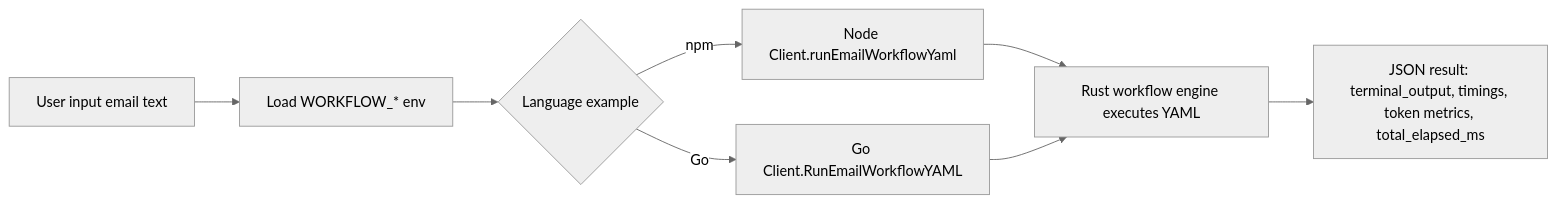
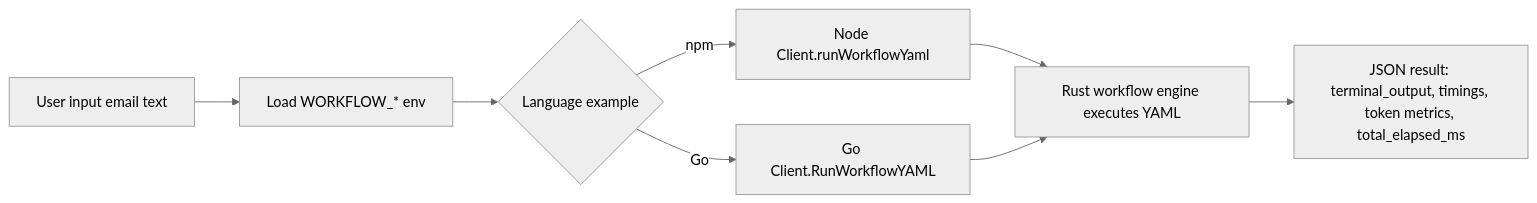
Before and after one commit to CraftsMan-Labs/SimpleAgents: the diagram in examples/workflow_email/README.md, drawn with Mermaid (neutral theme). The commit also changed other lines of this file and 33 other files, not shown here.

First line of the commit message:
refactor(workflow): remove email-specific execution surfaces

````diff
--- a/examples/workflow_email/README.md
+++ b/examples/workflow_email/README.md
@@ -42,10 +42,10 @@
 ```mermaid
 flowchart LR
     A[User input email text] --> B[Load WORKFLOW_* env]
     B --> C{Language example}
-    C -->|npm| D[Node Client.runEmailWorkflowYaml]
-    C -->|Go| E[Go Client.RunEmailWorkflowYAML]
+    C -->|npm| D[Node Client.runWorkflowYaml]
+    C -->|Go| E[Go Client.RunWorkflowYAML]
     D --> F[Rust workflow engine executes YAML]
     E --> F
     F --> G[JSON result: terminal_output, timings, token metrics, total_elapsed_ms]
 ```
````
